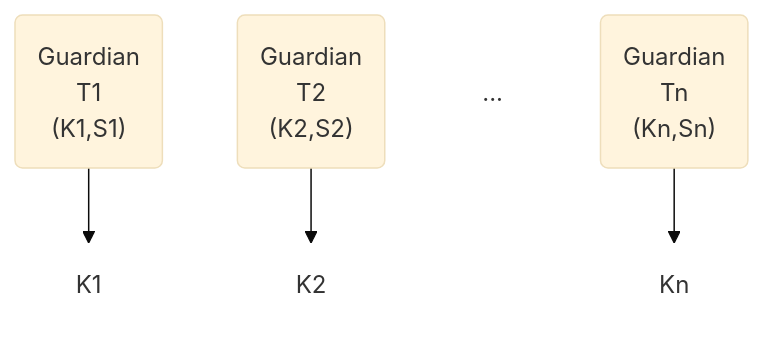
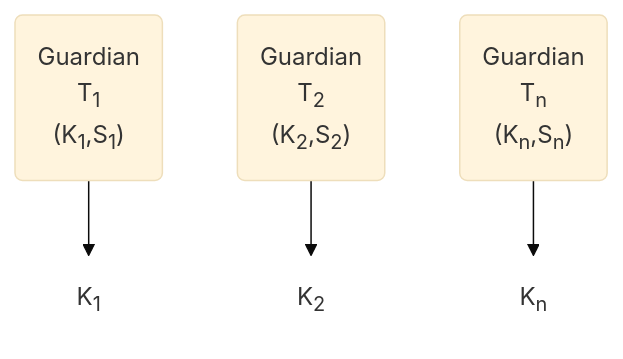
One commit to Election-Tech-Initiative/electionguard changed the first of 5 diagrams in docs/concepts/Structure_and_Processes.md. Above: the diagram before and after it, drawn with Mermaid (base theme). The commit also changed other lines of this file and 1 other file, not shown here.

````diff
--- a/docs/concepts/Structure_and_Processes.md
+++ b/docs/concepts/Structure_and_Processes.md
@@ -15,11 +15,9 @@
 ```mermaid
-    graph TD
-    A("Guardian <br />T1<br />(K1,S1)")-->B(K1);
-    C("Guardian <br /> T2<br />(K2,S2)")-->D(K2);
-    x(...);
-    E("Guardian <br /> Tn<br />(Kn,Sn)")-->F(Kn);
+    flowchart TD
+    A("Guardian <br />T<sub>1</sub><br />(K<sub>1</sub>,S<sub>1</sub>)")-->B(K<sub>1</sub>);
+    C("Guardian <br /> T<sub>2</sub><br />(K<sub>2</sub>,S<sub>2</sub>)")-->D(K<sub>2</sub>);
+    E("Guardian <br /> T<sub>n</sub><br />(K<sub>n</sub>,S<sub>n</sub>)")-->F(K<sub>n</sub>);
     style B fill:#FFFFFF00,stroke:#FFFFFF00
     style D fill:#FFFFFF00,stroke:#FFFFFF00
     style F fill:#FFFFFF00,stroke:#FFFFFF00
-    style x fill:#FFFFFF00,stroke:#FFFFFF00
 ```
````
